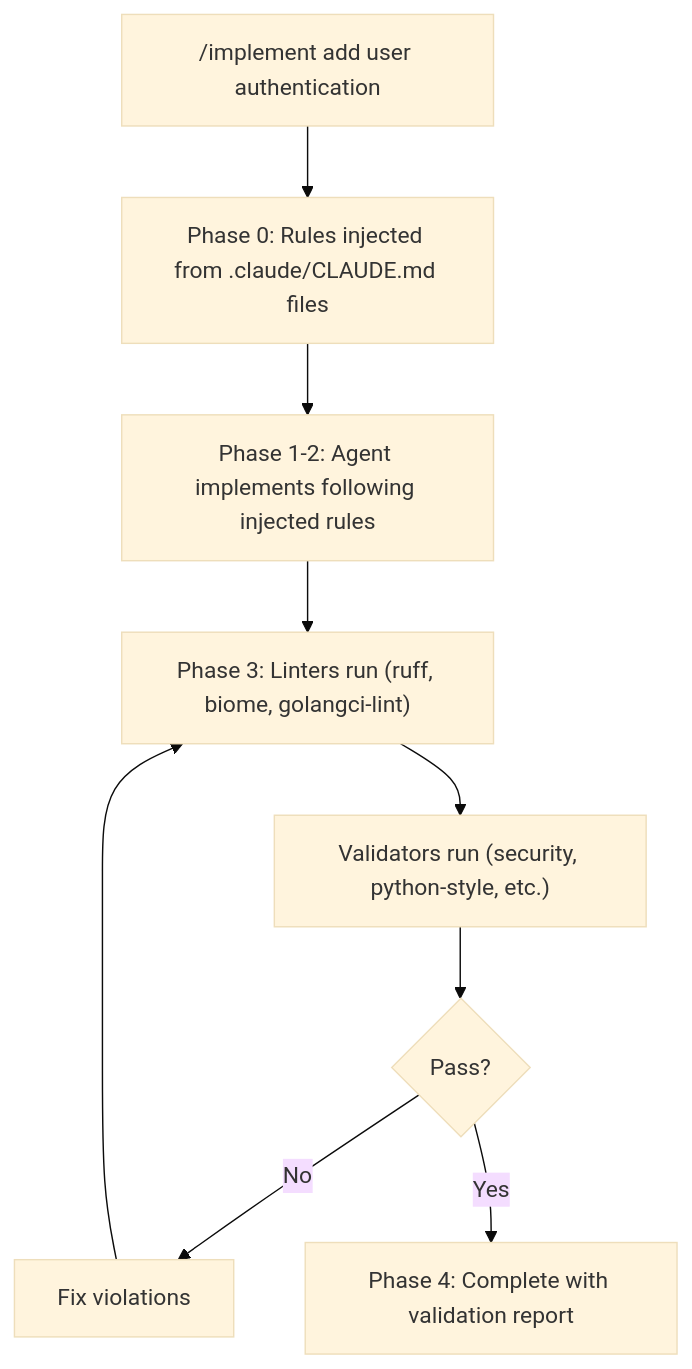
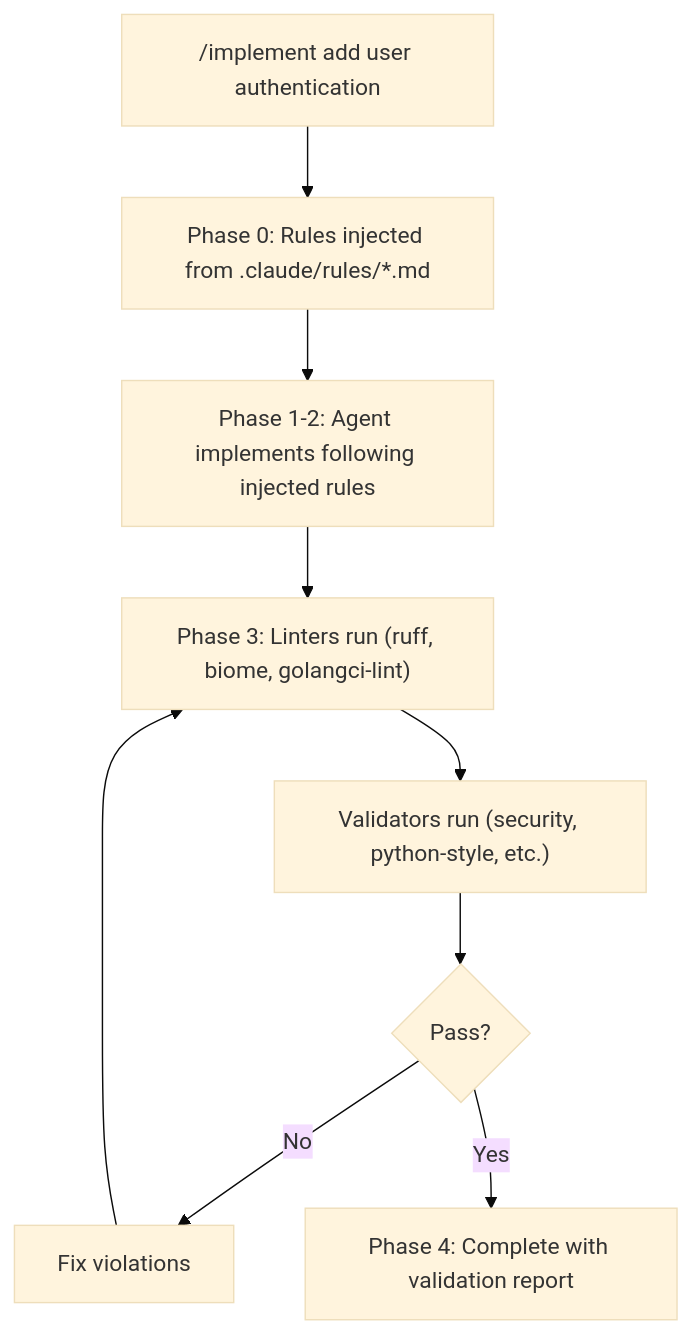
One commit to peteski22/claude-pragma changed the diagram in README.md. Above: the diagram before and after it, drawn with Mermaid (base theme). The commit also changed other lines of this file and 7 other files, not shown here.

First line of the commit message:
Migrate setup-project from .claude/CLAUDE.md to .claude/rules/*.md (#93)

````diff
--- a/README.md
+++ b/README.md
@@ -11,11 +11,11 @@
 ```mermaid
 flowchart TD
-    A["/implement add user authentication"] --> B["Phase 0: Rules injected from .claude/CLAUDE.md files"]
+    A["/implement add user authentication"] --> B["Phase 0: Rules injected from .claude/rules/*.md"]
     B --> C["Phase 1-2: Agent implements following injected rules"]
     C --> D["Phase 3: Linters run (ruff, biome, golangci-lint)"]
     D --> E["Validators run (security, python-style, etc.)"]
     E --> F{Pass?}
     F -->|No| G["Fix violations"]
     G --> D
     F -->|Yes| H["Phase 4: Complete with validation report"]
 ```
````
